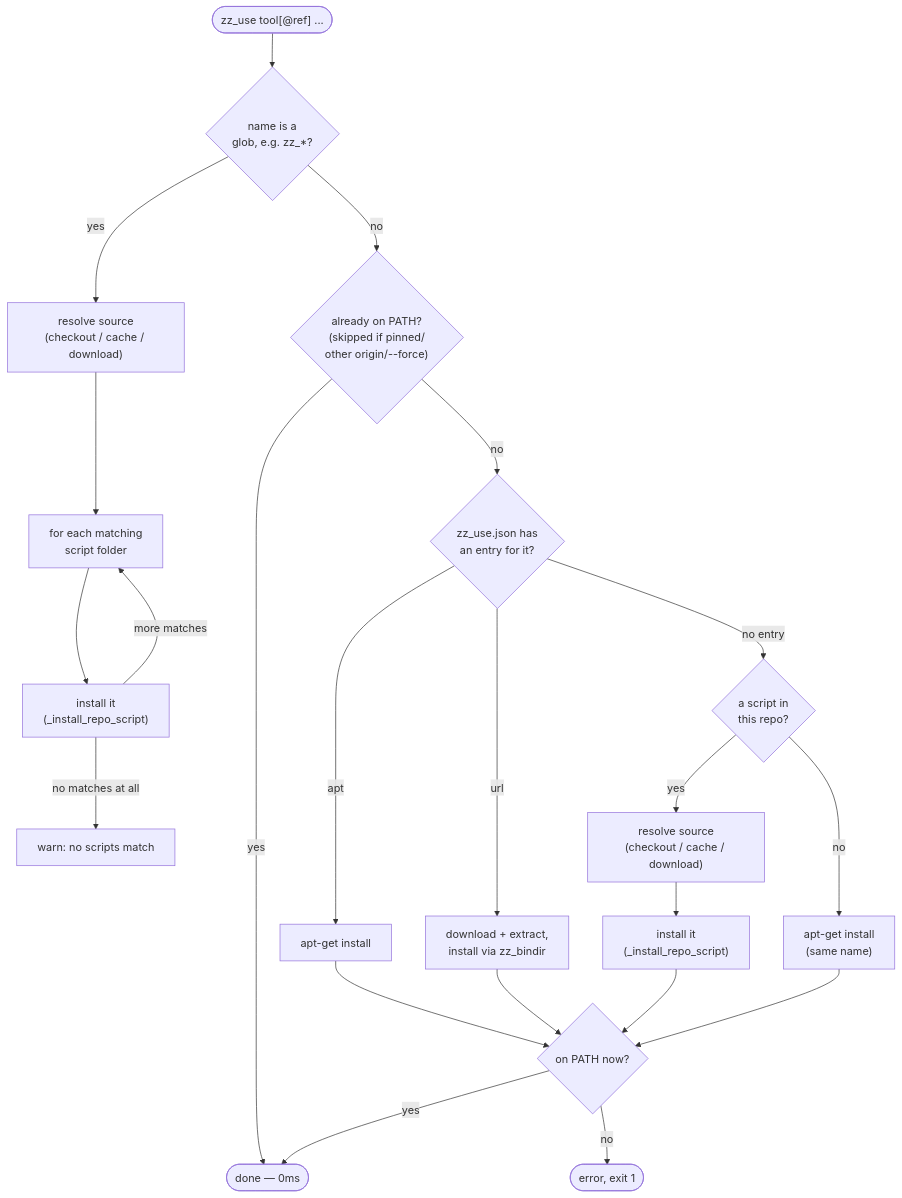
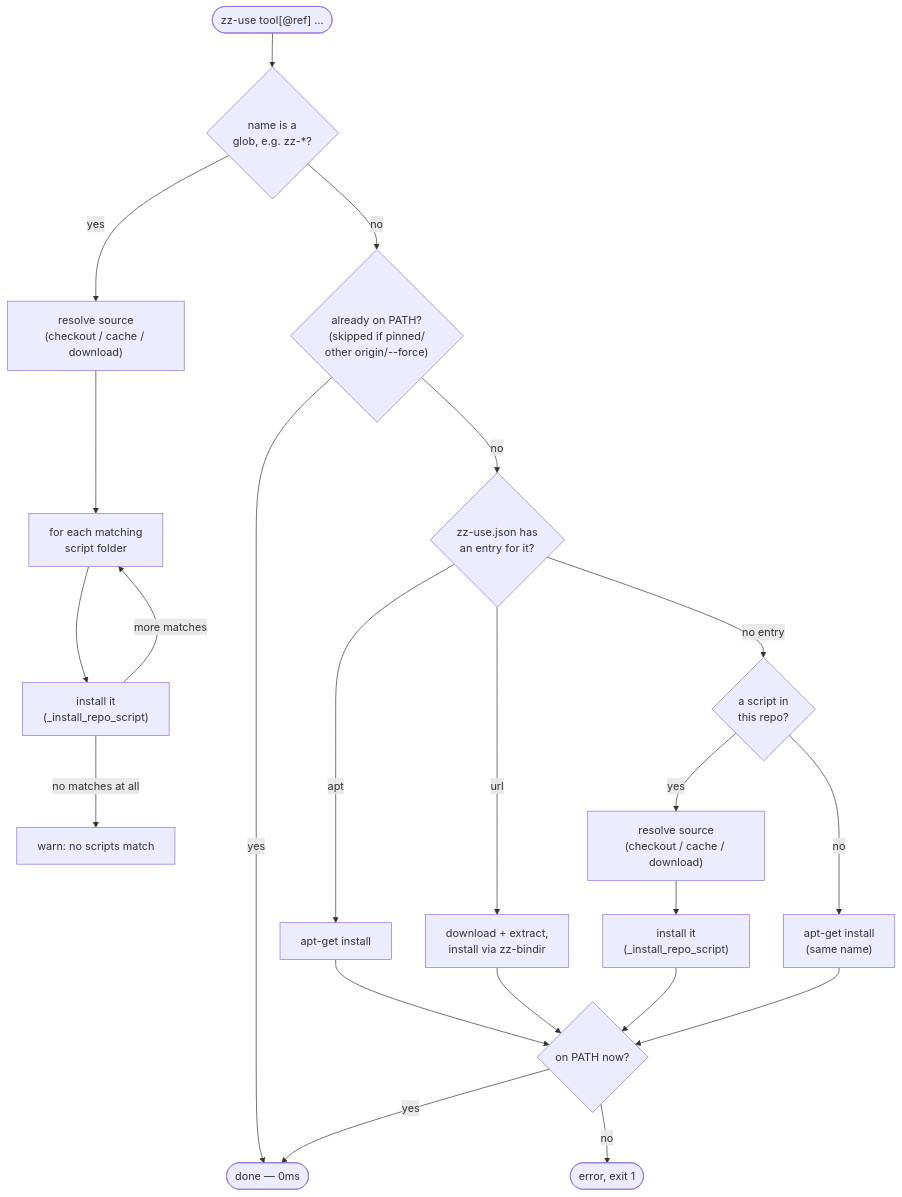
The diagram in README.md (tomgrv/scripts), drawn with Mermaid before and after one commit. The commit also changed other lines of this file and 332 other files, not shown here.

````diff
--- a/README.md
+++ b/README.md
@@ -191,31 +191,31 @@
 ```mermaid
 flowchart TD
-    Start(["zz_use tool[@ref] ..."]) --> Glob{"name is a\nglob, e.g. zz_*?"}
+    Start(["zz-use tool[@ref] ..."]) --> Glob{"name is a\nglob, e.g. zz-*?"}
 
     Glob -- yes --> ResolveG["resolve source\n(checkout / cache / download)"]
     ResolveG --> ForEachMatch["for each matching\nscript folder"]
     ForEachMatch --> InstallEach["install it\n(_install_repo_script)"]
     InstallEach -->|more matches| ForEachMatch
     InstallEach -->|no matches at all| WarnEmpty["warn: no scripts match"]
 
     Glob -- no --> Skip{"already on PATH?\n(skipped if pinned/\nother origin/--force)"}
     Skip -- yes --> Done(["done — 0ms"])
-    Skip -- no --> Config{"zz_use.json has\nan entry for it?"}
+    Skip -- no --> Config{"zz-use.json has\nan entry for it?"}
 
     Config -- apt --> Apt["apt-get install"]
-    Config -- url --> Download["download + extract,\ninstall via zz_bindir"]
+    Config -- url --> Download["download + extract,\ninstall via zz-bindir"]
     Config -- no entry --> Repo{"a script in\nthis repo?"}
 
     Repo -- yes --> ResolveOne["resolve source\n(checkout / cache / download)"]
     ResolveOne --> InstallOne["install it\n(_install_repo_script)"]
 
     Repo -- no --> AptFallback["apt-get install\n(same name)"]
 
     Apt --> Check
     Download --> Check
     InstallOne --> Check
     AptFallback --> Check
     Check{"on PATH now?"}
     Check -- yes --> Done
     Check -- no --> Fail(["error, exit 1"])
 ```
````
